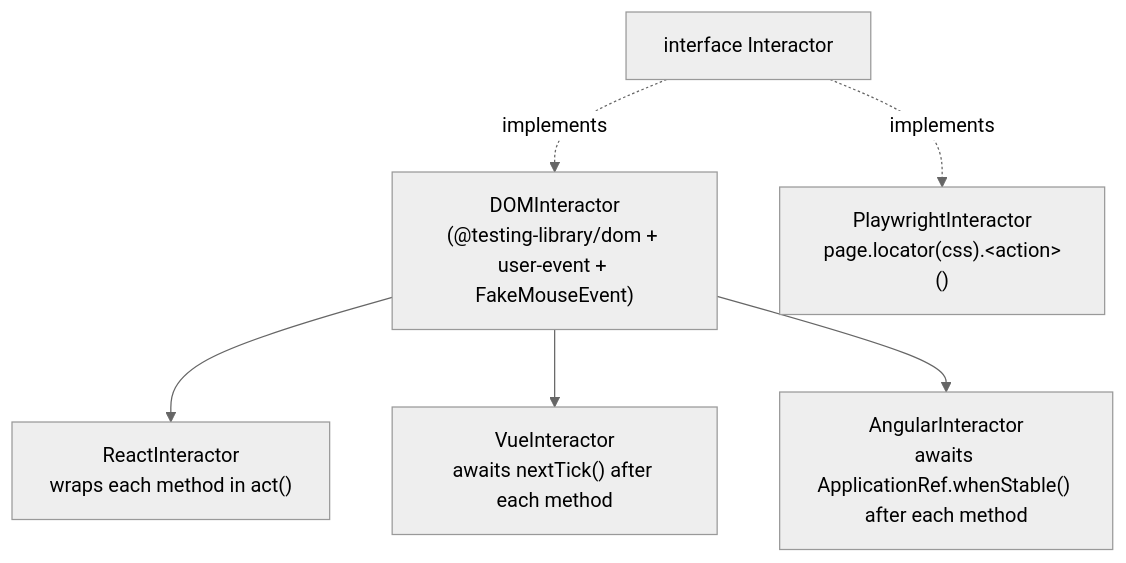
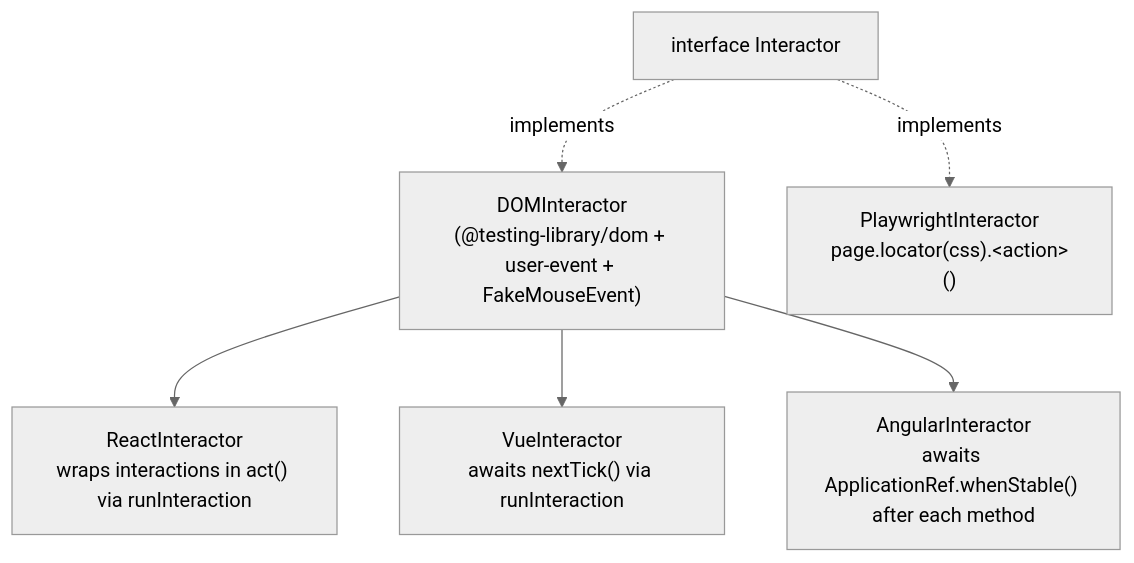
Before and after one commit to atomic-testing/atomic-testing: the second of 4 diagrams in agent-docs/ARCHITECTURE.md, drawn with Mermaid (neutral theme). The commit also changed other lines of this file and 14 other files, not shown here.

````diff
--- a/agent-docs/ARCHITECTURE.md
+++ b/agent-docs/ARCHITECTURE.md
@@ -50,14 +50,14 @@
 ```mermaid
 flowchart TD
     I["interface Interactor"]
     DOM["DOMInteractor<br/>(@testing-library/dom + user-event + FakeMouseEvent)"]
-    React["ReactInteractor<br/>wraps each method in act()"]
-    Vue["VueInteractor<br/>awaits nextTick() after each method"]
+    React["ReactInteractor<br/>wraps interactions in act() via runInteraction"]
+    Vue["VueInteractor<br/>awaits nextTick() via runInteraction"]
     Ng["AngularInteractor<br/>awaits ApplicationRef.whenStable() after each method"]
     PW["PlaywrightInteractor<br/>page.locator(css).&lt;action&gt;()"]
     I -. implements .-> DOM
     I -. implements .-> PW
     DOM --> React
     DOM --> Vue
     DOM --> Ng
 ```
````
